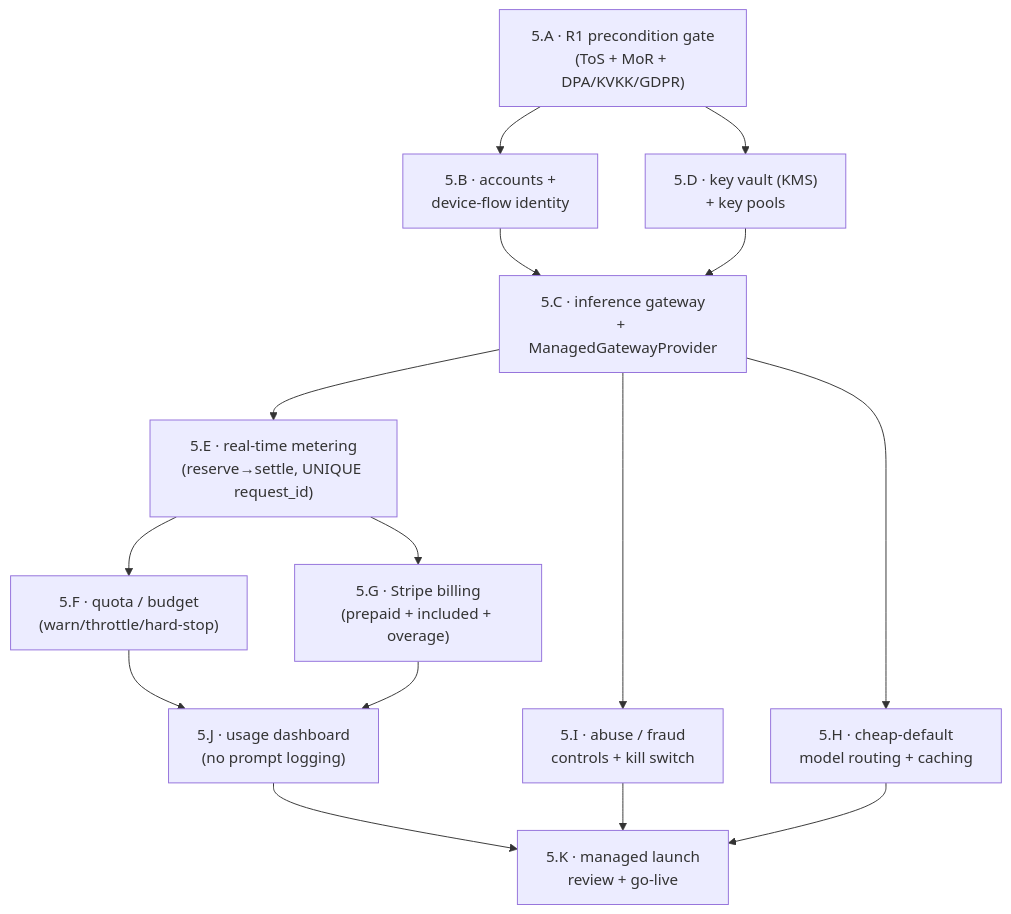
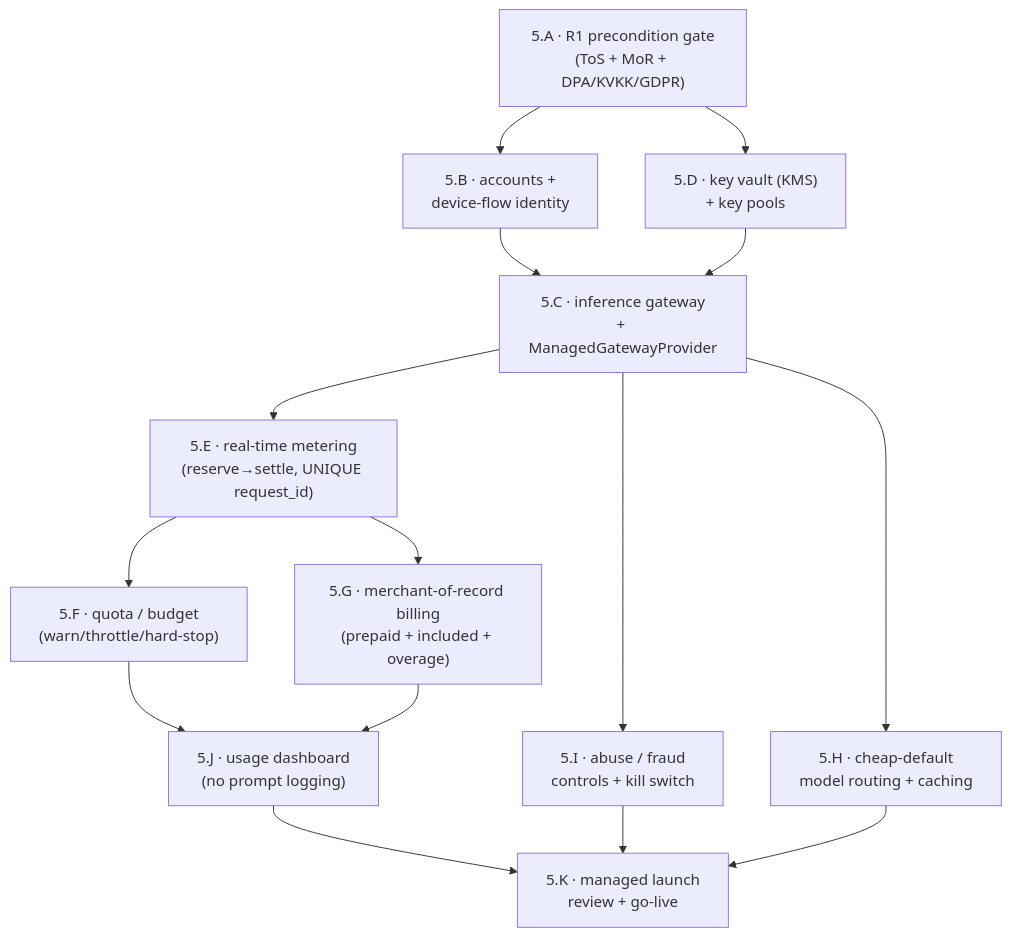
Before and after one commit to HodeTech/Relavium: the diagram in docs/roadmap/phases/phase-5-managed-inference.md, drawn with Mermaid. The commit also changed other lines of this file and 46 other files, not shown here.

````diff
--- a/docs/roadmap/phases/phase-5-managed-inference.md
+++ b/docs/roadmap/phases/phase-5-managed-inference.md
@@ -119,17 +123,17 @@
 ```mermaid
 flowchart TB
     A["5.A · R1 precondition gate<br/>(ToS + MoR + DPA/KVKK/GDPR)"] --> B["5.B · accounts +<br/>device-flow identity"]
     A --> D["5.D · key vault (KMS)<br/>+ key pools"]
     B --> C["5.C · inference gateway<br/>+ ManagedGatewayProvider"]
     D --> C
     C --> E["5.E · real-time metering<br/>(reserve→settle, UNIQUE request_id)"]
     E --> F["5.F · quota / budget<br/>(warn/throttle/hard-stop)"]
-    E --> G["5.G · Stripe billing<br/>(prepaid + included + overage)"]
+    E --> G["5.G · merchant-of-record billing<br/>(prepaid + included + overage)"]
     C --> H["5.H · cheap-default<br/>model routing + caching"]
     C --> I["5.I · abuse / fraud<br/>controls + kill switch"]
     F --> J["5.J · usage dashboard<br/>(no prompt logging)"]
     G --> J
     J --> K["5.K · managed launch<br/>review + go-live"]
     I --> K
     H --> K
 ```
````
